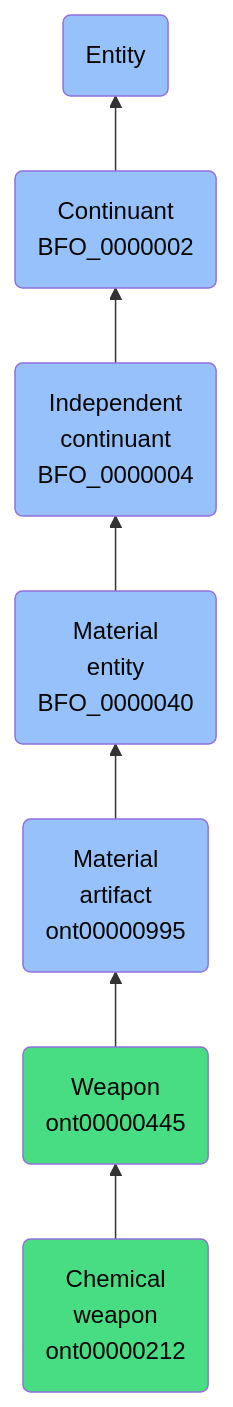
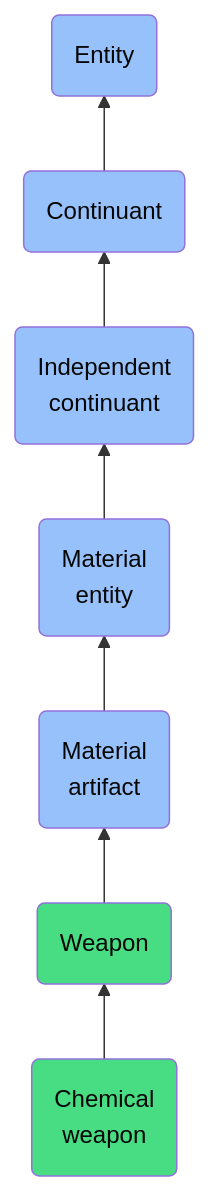
One commit to jupyter-naas/abi changed the diagram in docs/ontology/reference/model/Entity/Continuant/Independent continuant/Material entity/Material artifact/Weapon/Chemical weapon/Chemical weapon.md. Above: the diagram before and after it, drawn with Mermaid. The commit also changed other lines of this file and 1430 other files, not shown here.

````diff
--- a/docs/ontology/reference/model/Entity/Continuant/Independent continuant/Material entity/Material artifact/Weapon/Chemical weapon/Chemical weapon.md
+++ b/docs/ontology/reference/model/Entity/Continuant/Independent continuant/Material entity/Material artifact/Weapon/Chemical weapon/Chemical weapon.md
@@ -24,14 +24,14 @@
 ```mermaid
 graph BT
-    ont00000212(Chemical<br>weapon<br>ont00000212):::ABI-->ont00000445
-    ont00000445(Weapon<br>ont00000445):::ABI-->ont00000995
-    ont00000995(Material<br>artifact<br>ont00000995):::BFO-->BFO_0000040
-    BFO_0000040(Material<br>entity<br>BFO_0000040):::BFO-->BFO_0000004
-    BFO_0000004(Independent<br>continuant<br>BFO_0000004):::BFO-->BFO_0000002
-    BFO_0000002(Continuant<br>BFO_0000002):::BFO-->BFO_0000001
+    ont00000212(Chemical<br>weapon):::ABI-->ont00000445
+    ont00000445(Weapon):::ABI-->ont00000995
+    ont00000995(Material<br>artifact):::BFO-->BFO_0000040
+    BFO_0000040(Material<br>entity):::BFO-->BFO_0000004
+    BFO_0000004(Independent<br>continuant):::BFO-->BFO_0000002
+    BFO_0000002(Continuant):::BFO-->BFO_0000001
     BFO_0000001(Entity):::BFO
     
     classDef BFO fill:#97c1fb,color:#060606
     classDef CCO fill:#e4c51e,color:#060606
     classDef ABI fill:#48DD82,color:#060606
 ```
````
